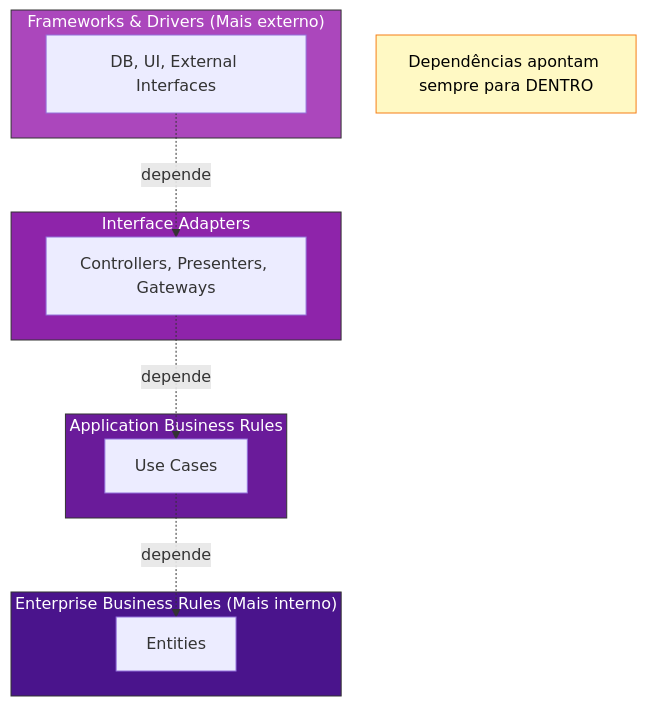
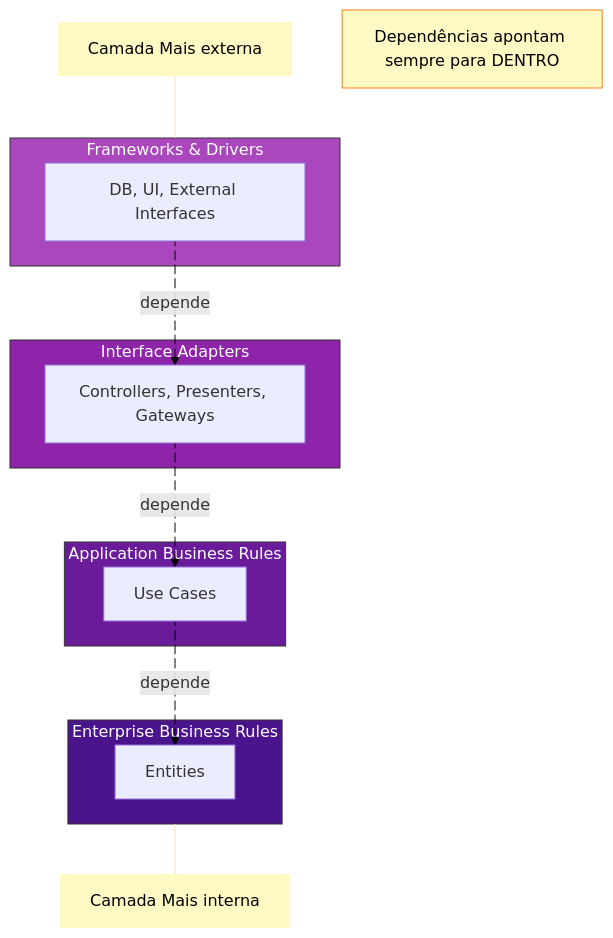
One commit to valdirsb/artemis changed the second of 5 diagrams in meuApp/docs/framework/04-architecture.md. Above: the diagram before and after it, drawn with Mermaid. The commit also changed other lines of this file, not shown here.

Commit message:
feat: Improve Mermaid diagrams in architecture documentation for clarity and consistency

````diff
--- a/meuApp/docs/framework/04-architecture.md
+++ b/meuApp/docs/framework/04-architecture.md
@@ -88,31 +89,39 @@
 ```mermaid
-graph TD
-    subgraph L1["Frameworks & Drivers (Mais externo)"]
+flowchart TD
+ subgraph L1["Frameworks & Drivers"]
         FW["DB, UI, External Interfaces"]
-    end
-    
-    subgraph L2["Interface Adapters"]
+  end
+ subgraph L2["Interface Adapters"]
         IA["Controllers, Presenters, Gateways"]
-    end
-    
-    subgraph L3["Application Business Rules"]
+  end
+ subgraph L3["Application Business Rules"]
         UC["Use Cases"]
-    end
-    
-    subgraph L4["Enterprise Business Rules (Mais interno)"]
+  end
+ subgraph L4["Enterprise Business Rules"]
         ENT["Entities"]
-    end
-    
-    FW -.->|depende| IA
-    IA -.->|depende| UC
-    UC -.->|depende| ENT
-    
+  end
+    FW L_FW_IA_0@-. depende .-> IA
+    IA L_IA_UC_0@-. depende .-> UC
+    UC L_UC_ENT_0@-. depende .-> ENT
+    n1["Camada Mais externa"] L_n1_L1_0@--- L1
+    L4 --- n2["Camada Mais interna"]
+    note1["Dependências apontam sempre para DENTRO"]
+
+    n1@{ shape: rect}
+    n2@{ shape: rect}
+    style n1 fill:#FFF9C4,stroke:none,color:#000000
+    style L1 fill:#ab47bc,stroke:#333,color:#fff
     style L4 fill:#4a148c,stroke:#333,color:#fff
+    style n2 fill:#FFF9C4,stroke:none,color:#000000
+    style note1 fill:#fff9c4,stroke:#f57f17,color:#000
     style L3 fill:#6a1b9a,stroke:#333,color:#fff
     style L2 fill:#8e24aa,stroke:#333,color:#fff
-    style L1 fill:#ab47bc,stroke:#333,color:#fff
-    
-    note1["Dependências apontam sempre para DENTRO"]
-    
-    style note1 fill:#fff9c4,stroke:#f57f17,color:#000
+    linkStyle 0,1,2 stroke:#000000,fill:none
+    linkStyle 3 stroke:#FFE0B2,fill:none
+    linkStyle 4 stroke:#FFE0B2
+
+    L_FW_IA_0@{ animation: slow } 
+    L_IA_UC_0@{ animation: slow } 
+    L_UC_ENT_0@{ animation: slow } 
+    L_n1_L1_0@{ animation: none } 
 ```
````
